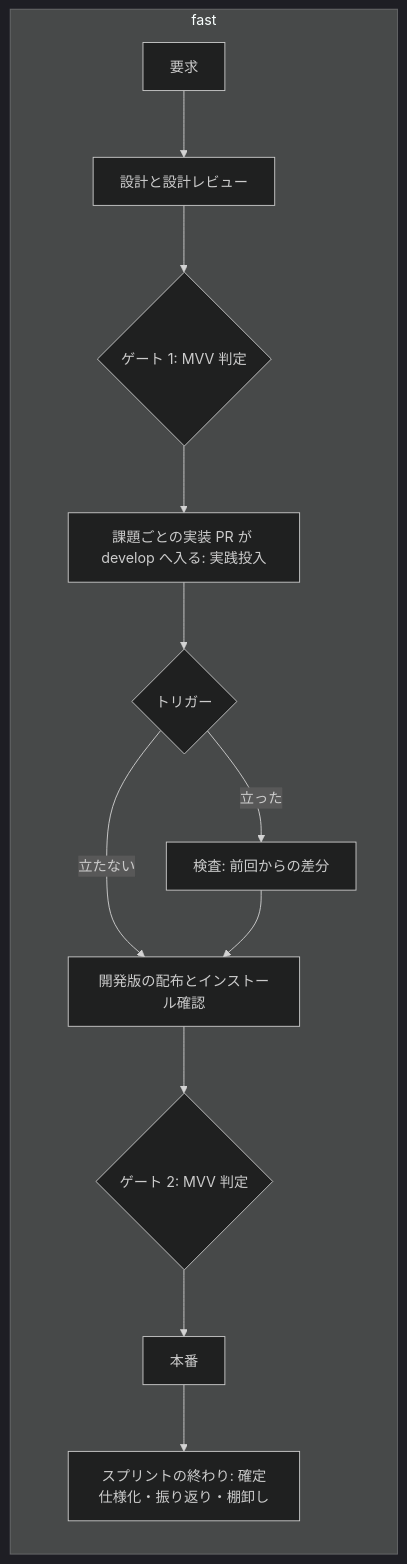
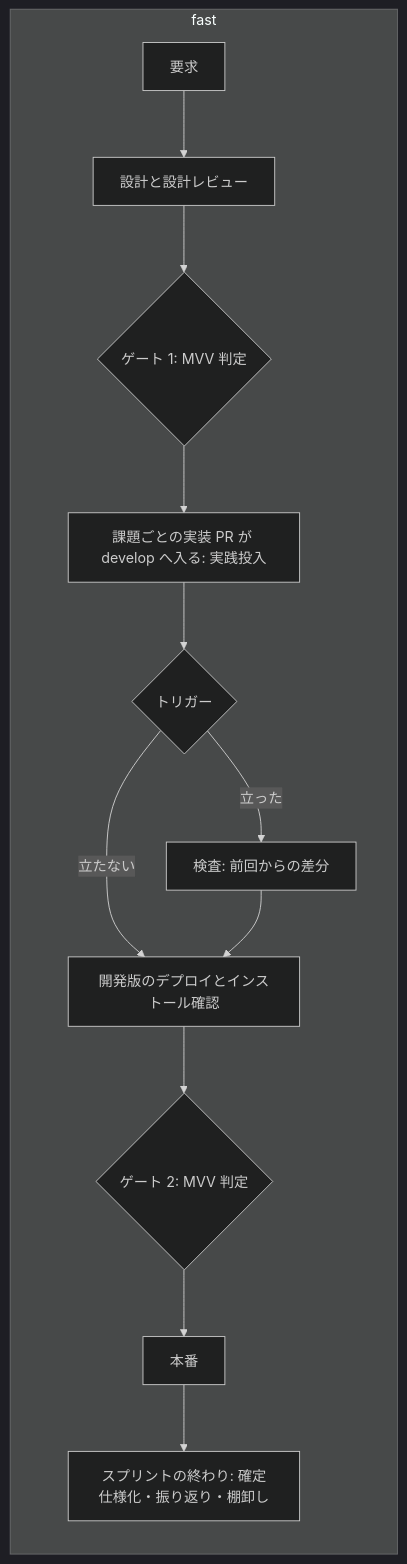
Before and after one commit to devbasex/ai-plugins: the third of 3 diagrams in plugins/ndf/skills/development-workflow/references/pace.md, drawn with Mermaid (dark theme). The commit also changed other lines of this file and 107 other files, not shown here.

````diff
--- a/plugins/ndf/skills/development-workflow/references/pace.md
+++ b/plugins/ndf/skills/development-workflow/references/pace.md
@@ -49,13 +49,13 @@
 ```mermaid
 graph LR
     subgraph fast
         F1[要求] --> F2[設計と設計レビュー] --> F3{ゲート 1: MVV 判定}
         F3 --> F4[課題ごとの実装 PR が develop へ入る: 実践投入]
         F4 --> F5{トリガー}
         F5 -->|立った| F6[検査: 前回からの差分]
-        F5 -->|立たない| F7[開発版の配布とインストール確認]
+        F5 -->|立たない| F7[開発版のデプロイとインストール確認]
         F6 --> F7
         F7 --> F8{ゲート 2: MVV 判定} --> F9[本番]
         F9 --> F10[スプリントの終わり: 確定仕様化・振り返り・棚卸し]
     end
 ```
````
